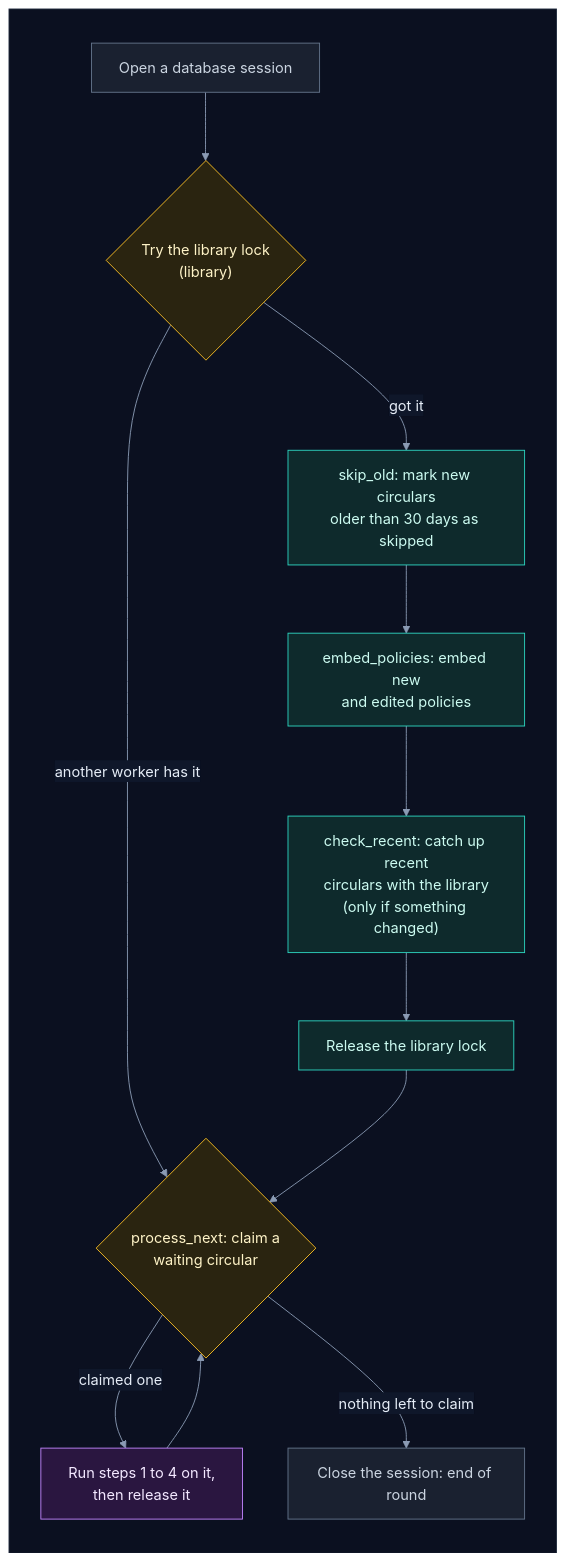
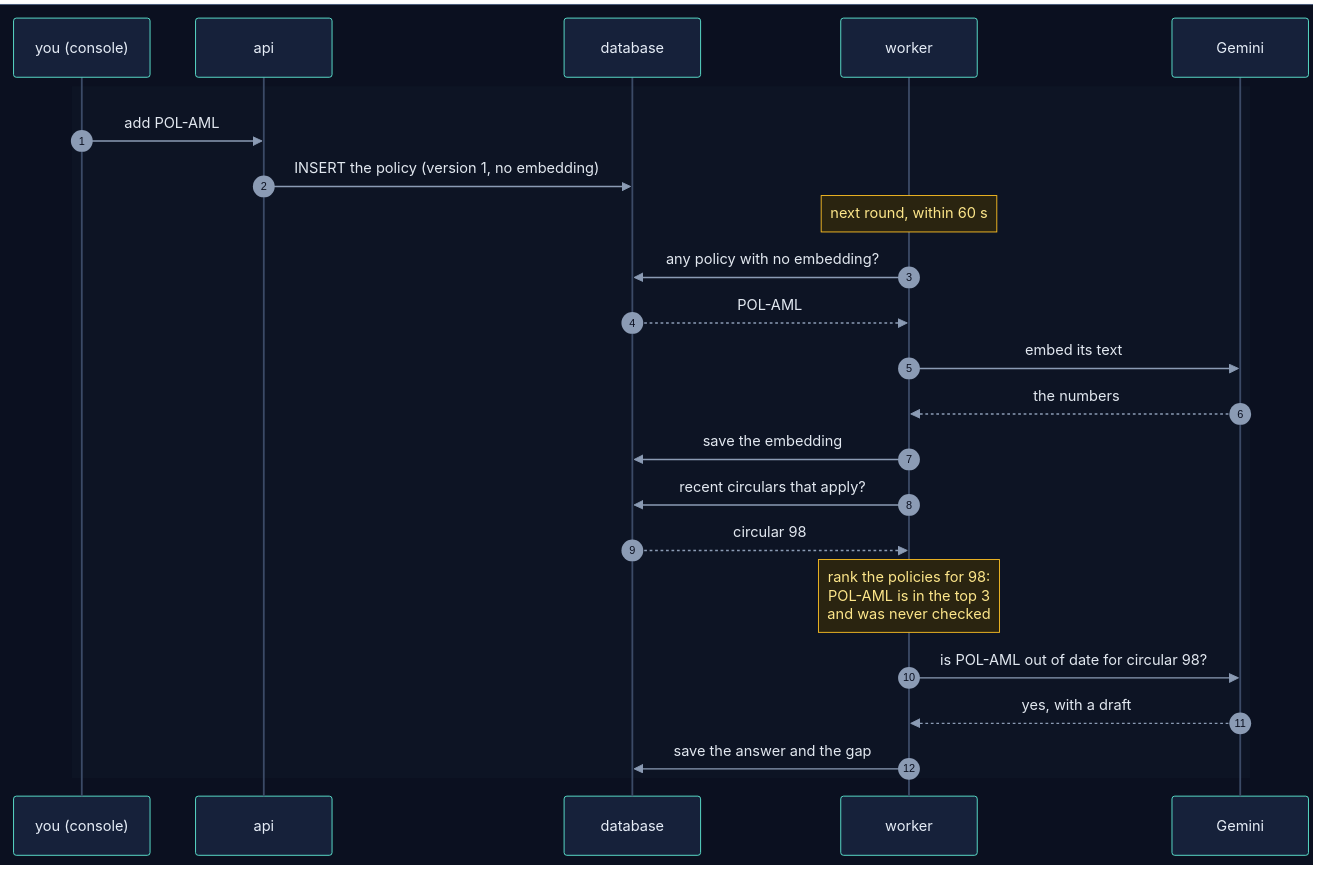
One commit to selvakumarperumal/Regulatory_Circular_Impact_Agent changed the fifth of 12 diagrams in how_the_worker_works.md. Above: the diagram before and after it, drawn with Mermaid. The commit also changed other lines of this file and 4 other files, not shown here.

````diff
--- a/how_the_worker_works.md
+++ b/how_the_worker_works.md
@@ -242,31 +282,29 @@
 ```mermaid
-%%{init: {"theme": "base", "flowchart": {"diagramPadding": 0}, "themeVariables": {"darkMode": true, "primaryColor": "#16213a", "primaryTextColor": "#e6edf7", "primaryBorderColor": "#475a7a", "lineColor": "#8b9bb4", "secondaryColor": "#1b2436", "tertiaryColor": "#101a2e", "edgeLabelBackground": "#0f172a", "textColor": "#e2e8f0", "clusterBkg": "#0f1728", "clusterBorder": "#2b3a55", "titleColor": "#c4b5fd", "nodeTextColor": "#e6edf7"}}}%%
-flowchart TD
-    subgraph canvas[" "]
-        direction TB
-        open["Open a database session"] --> lib{"Try the library lock<br/>(library)"}
-        lib -->|"another worker has it"| queue
-        lib -->|"got it"| skip["skip_old: mark new circulars<br/>older than 30 days as skipped"]
-        skip --> embed["embed_policies: embed new<br/>and edited policies"]
-        embed --> catch["check_recent: catch up recent<br/>circulars with the library<br/>(only if something changed)"]
-        catch --> unlock["Release the library lock"]
-        unlock --> queue{"process_next: claim a<br/>waiting circular"}
-        queue -->|"claimed one"| work["Run steps 1 to 4 on it,<br/>then release it"]
-        work --> queue
-        queue -->|"nothing left to claim"| close["Close the session: end of round"]
+%%{init: {"theme": "base", "sequence": {"diagramMarginX": 0, "diagramMarginY": 0}, "themeVariables": {"darkMode": true, "primaryColor": "#16213a", "primaryTextColor": "#e6edf7", "primaryBorderColor": "#475a7a", "lineColor": "#8b9bb4", "secondaryColor": "#1b2436", "tertiaryColor": "#101a2e", "edgeLabelBackground": "#0f172a", "textColor": "#e2e8f0", "actorBkg": "#16213a", "actorBorder": "#5eead4", "actorTextColor": "#e6edf7", "actorLineColor": "#3b4a66", "signalColor": "#8b9bb4", "signalTextColor": "#e2e8f0", "noteBkgColor": "#2a2410", "noteBorderColor": "#fbbf24", "noteTextColor": "#fde68a", "labelBoxBkgColor": "#1e293b", "labelBoxBorderColor": "#64748b", "labelTextColor": "#e2e8f0", "loopTextColor": "#c4b5fd", "sequenceNumberColor": "#0b1020", "activationBkgColor": "#1e293b"}}}%%
+sequenceDiagram
+    autonumber
+    box rgb(11, 16, 32)
+        participant U as you (console)
+        participant A as api
+        participant DB as database
+        participant K as worker
+        participant G as Gemini
     end
-    classDef svc fill:#0e2a2c,stroke:#2dd4bf,color:#ccfbf1
-    classDef data fill:#1c1a47,stroke:#818cf8,color:#e0e7ff
-    classDef ext fill:#2a1640,stroke:#c084fc,color:#f3e8ff
-    classDef gpu fill:#2d1b0c,stroke:#fb923c,color:#ffedd5
-    classDef ask fill:#2a2410,stroke:#fbbf24,color:#fef3c7
-    classDef ok fill:#0b2a1c,stroke:#34d399,color:#d1fae5
-    classDef bad fill:#2e0f17,stroke:#fb7185,color:#ffe4e6
-    classDef start fill:#1c2a0e,stroke:#a7ef6f,color:#ecfccb
-    classDef muted fill:#1a2130,stroke:#64748b,color:#cbd5e1
-    class open,close muted
-    class lib,queue ask
-    class skip,embed,catch,unlock svc
-    class work ext
-    style canvas fill:#0b1020,stroke:#1e293b,color:#0b1020
+
+    rect rgb(13, 20, 36)
+        U->>A: add POL-AML
+        A->>DB: INSERT the policy (version 1, no embedding)
+        Note over K: next round, within 60 s
+        K->>DB: any policy with no embedding?
+        DB-->>K: POL-AML
+        K->>G: embed its text
+        G-->>K: the numbers
+        K->>DB: save the embedding
+        K->>DB: recent circulars that apply?
+        DB-->>K: circular 98
+        Note over K: rank the policies for 98:<br/>POL-AML is in the top 3<br/>and was never checked
+        K->>G: is POL-AML out of date for circular 98?
+        G-->>K: yes, with a draft
+        K->>DB: save the answer and the gap
+    end
 ```
````
